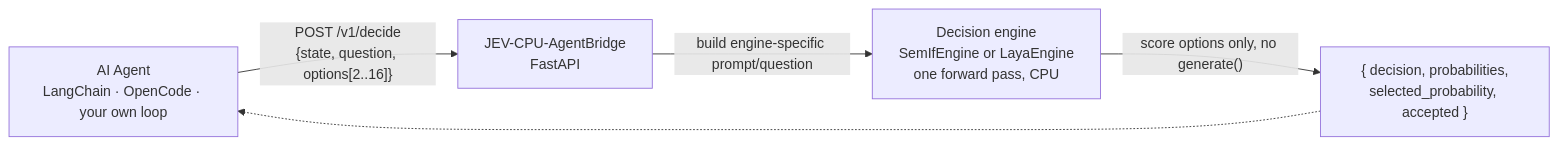
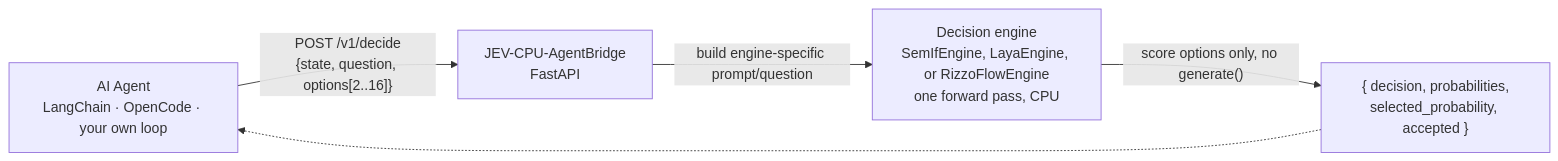
The first of 2 diagrams in README.md (GiskardB/jev-agentbridge), drawn with Mermaid before and after one commit. The commit also changed other lines of this file and 10 other files, not shown here.

Commit message:
feat: Docker image tags now bake in engine selection (JEV_ENGINE); update docs; verify Laya e2e with OpenCode integration

````diff
--- a/README.md
+++ b/README.md
@@ -35,12 +33,12 @@
 ```mermaid
 flowchart LR
     Agent["AI Agent<br/>LangChain · OpenCode · your own loop"]
     Bridge["JEV-CPU-AgentBridge<br/>FastAPI"]
-    Engine["Decision engine<br/>SemIfEngine or LayaEngine<br/>one forward pass, CPU"]
+    Engine["Decision engine<br/>SemIfEngine, LayaEngine, or RizzoFlowEngine<br/>one forward pass, CPU"]
     Result["{ decision, probabilities,<br/>selected_probability, accepted }"]
 
     Agent -- "POST /v1/decide<br/>{state, question, options[2..16]}" --> Bridge
     Bridge -- "build engine-specific prompt/question" --> Engine
     Engine -- "score options only, no generate()" --> Result
     Result -.-> Agent
 ```
````
